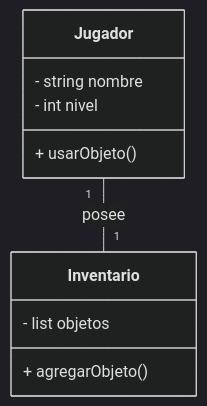
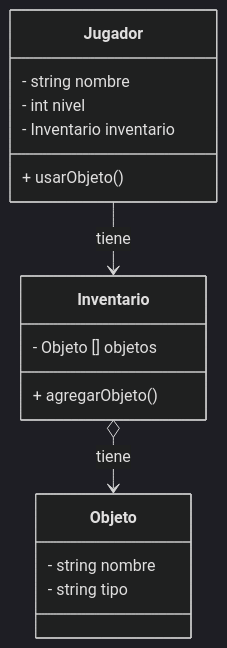
Before and after one commit to lufe089/POO: the fifth of 11 diagrams in 2.DiseñoOrientadoObjetos.md, drawn with Mermaid (dark theme). The commit also changed other lines of this file, not shown here.

````diff
--- a/2.DiseñoOrientadoObjetos.md
+++ b/2.DiseñoOrientadoObjetos.md
@@ -178,13 +211,21 @@
 ```mermaid
 classDiagram
     class Jugador {
         - string nombre
         - int nivel
+        - Inventario inventario
         + usarObjeto()
+
     }
     class Inventario {
-        - list objetos
+        - Objeto [] objetos
         + agregarObjeto()
     }
-    Jugador "1" -- "1" Inventario : posee
+
+    class Objeto {
+        - string nombre
+        - string tipo
+    }
+    Jugador --> Inventario : tiene
+    Inventario o--> Objeto: tiene
 ```
````
